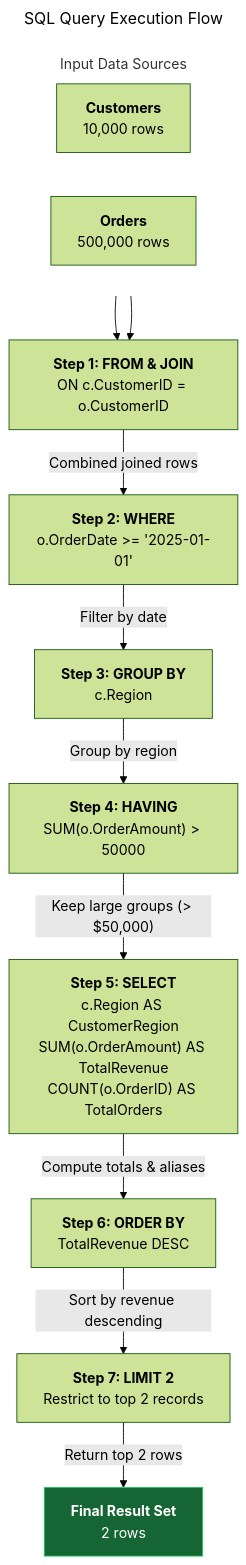
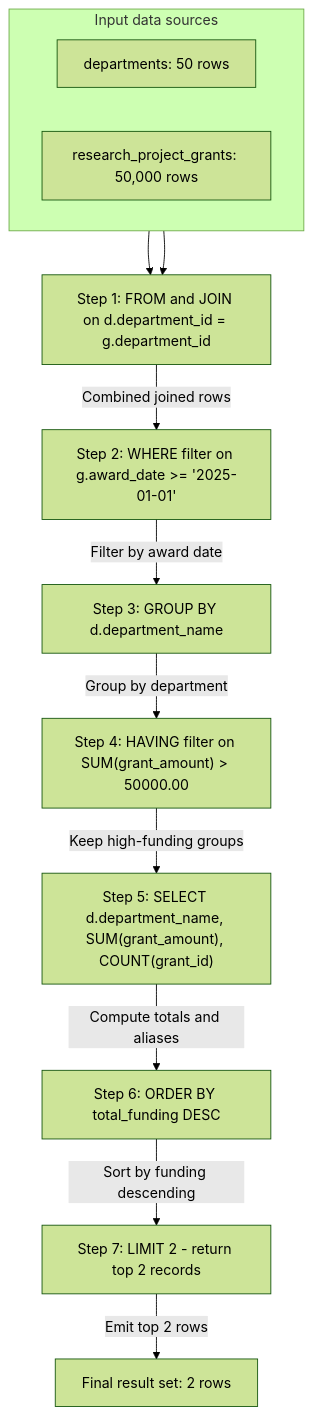
The third of 4 diagrams in content/sql/query-execution-engine.md (VineethChivukula/dedocs), drawn with Mermaid (forest theme) before and after one commit. The commit also changed other lines of this file and 26 other files, not shown here.

````diff
--- a/content/sql/query-execution-engine.md
+++ b/content/sql/query-execution-engine.md
@@ -158,40 +152,29 @@
 ```mermaid
----
-title: SQL Query Execution Flow
----
 flowchart TD
-    %% Input Tables
-    subgraph DataSources ["Input Data Sources"]
+    subgraph DataSources ["Input data sources"]
         direction LR
-        Cust["<b>Customers</b><br/>10,000 rows"]
-        Ord["<b>Orders</b><br/>500,000 rows"]
+        Dept["departments: 50 rows"]
+        Grants["research_project_grants: 50,000 rows"]
     end
 
-    %% Execution Steps
-    Step1["<b>Step 1: FROM & JOIN</b><br/>ON c.CustomerID = o.CustomerID"]
-    Step2["<b>Step 2: WHERE</b><br/>o.OrderDate >= '2025-01-01'"]
-    Step3["<b>Step 3: GROUP BY</b><br/>c.Region"]
-    Step4["<b>Step 4: HAVING</b><br/>SUM(o.OrderAmount) > 50000"]
-    Step5["<b>Step 5: SELECT</b><br/>c.Region AS CustomerRegion<br/>SUM(o.OrderAmount) AS TotalRevenue<br/>COUNT(o.OrderID) AS TotalOrders"]
-    Step6["<b>Step 6: ORDER BY</b><br/>TotalRevenue DESC"]
-    Step7["<b>Step 7: LIMIT 2</b><br/>Restrict to top 2 records"]
+    Step1["Step 1: FROM and JOIN on d.department_id = g.department_id"]
+    Step2["Step 2: WHERE filter on g.award_date >= '2025-01-01'"]
+    Step3["Step 3: GROUP BY d.department_name"]
+    Step4["Step 4: HAVING filter on SUM(grant_amount) > 50000.00"]
+    Step5["Step 5: SELECT d.department_name, SUM(grant_amount), COUNT(grant_id)"]
+    Step6["Step 6: ORDER BY total_funding DESC"]
+    Step7["Step 7: LIMIT 2 - return top 2 records"]
 
-    %% Final Output
-    Result["<b>Final Result Set</b><br/>2 rows"]
+    Result["Final result set: 2 rows"]
 
-    %% Flow Connections & Transformations
-    Cust --> Step1
-    Ord --> Step1
-    
+    Dept --> Step1
+    Grants --> Step1
+
     Step1 -->|"Combined joined rows"| Step2
-    Step2 -->|"Filter by date"| Step3
-    Step3 -->|"Group by region"| Step4
-    Step4 -->|"Keep large groups (> $50,000)"| Step5
-    Step5 -->|"Compute totals & aliases"| Step6
-    Step6 -->|"Sort by revenue descending"| Step7
-    Step7 -->|"Return top 2 rows"| Result
-
-    %% Styling
-    style DataSources fill:none,stroke:none
-    style Result fill:#166534,stroke:#22c55e,color:#fff
+    Step2 -->|"Filter by award date"| Step3
+    Step3 -->|"Group by department"| Step4
+    Step4 -->|"Keep high-funding groups"| Step5
+    Step5 -->|"Compute totals and aliases"| Step6
+    Step6 -->|"Sort by funding descending"| Step7
+    Step7 -->|"Emit top 2 rows"| Result
 ```
````
